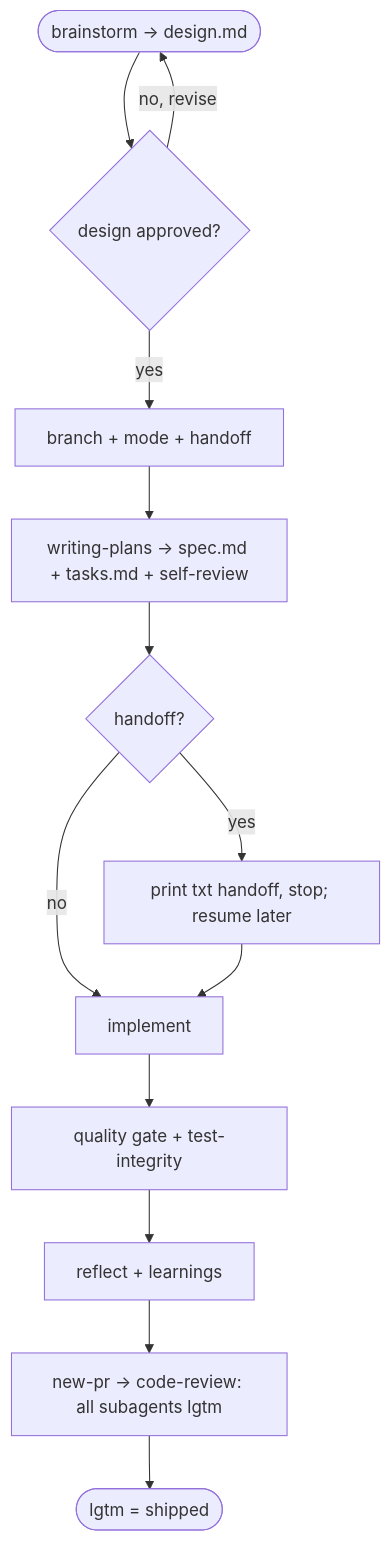
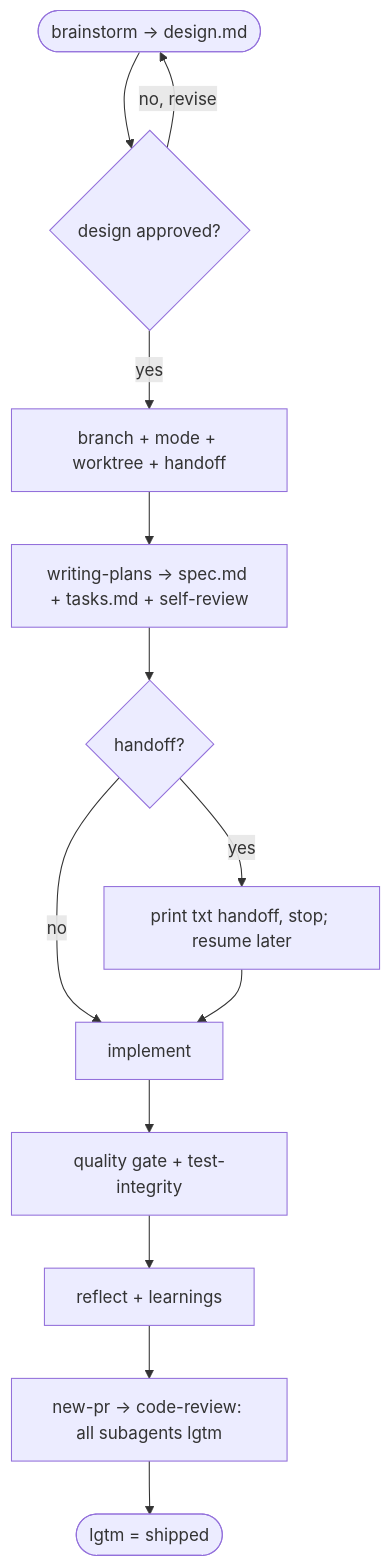
The diagram in AGENTS.md (ribeirogab/memex), drawn with Mermaid before and after one commit. The commit also changed other lines of this file and 1 other file, not shown here.

Commit message:
docs(flow): describe the worktree choice in AGENTS.md and its install template

````diff
--- a/AGENTS.md
+++ b/AGENTS.md
@@ -30,15 +30,15 @@
 ```mermaid
 flowchart TD
     A(["brainstorm → design.md"]) --> B{"design approved?"}
     B -- "no, revise" --> A
-    B -- yes --> C["branch + mode + handoff"]
+    B -- yes --> C["branch + mode + worktree + handoff"]
     C --> D["writing-plans → spec.md + tasks.md + self-review"]
     D --> E{"handoff?"}
     E -- yes --> F["print txt handoff, stop; resume later"]
     E -- no --> G["implement"]
     F --> G
     G --> H["quality gate + test-integrity"]
     H --> I["reflect + learnings"]
     I --> J["new-pr → code-review: all subagents lgtm"]
     J --> K(["lgtm = shipped"])
 ```
````
